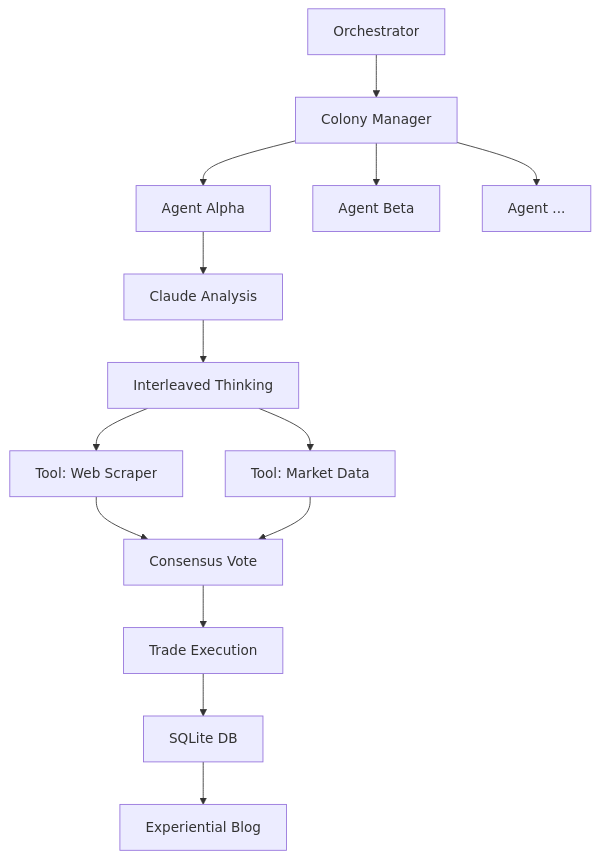
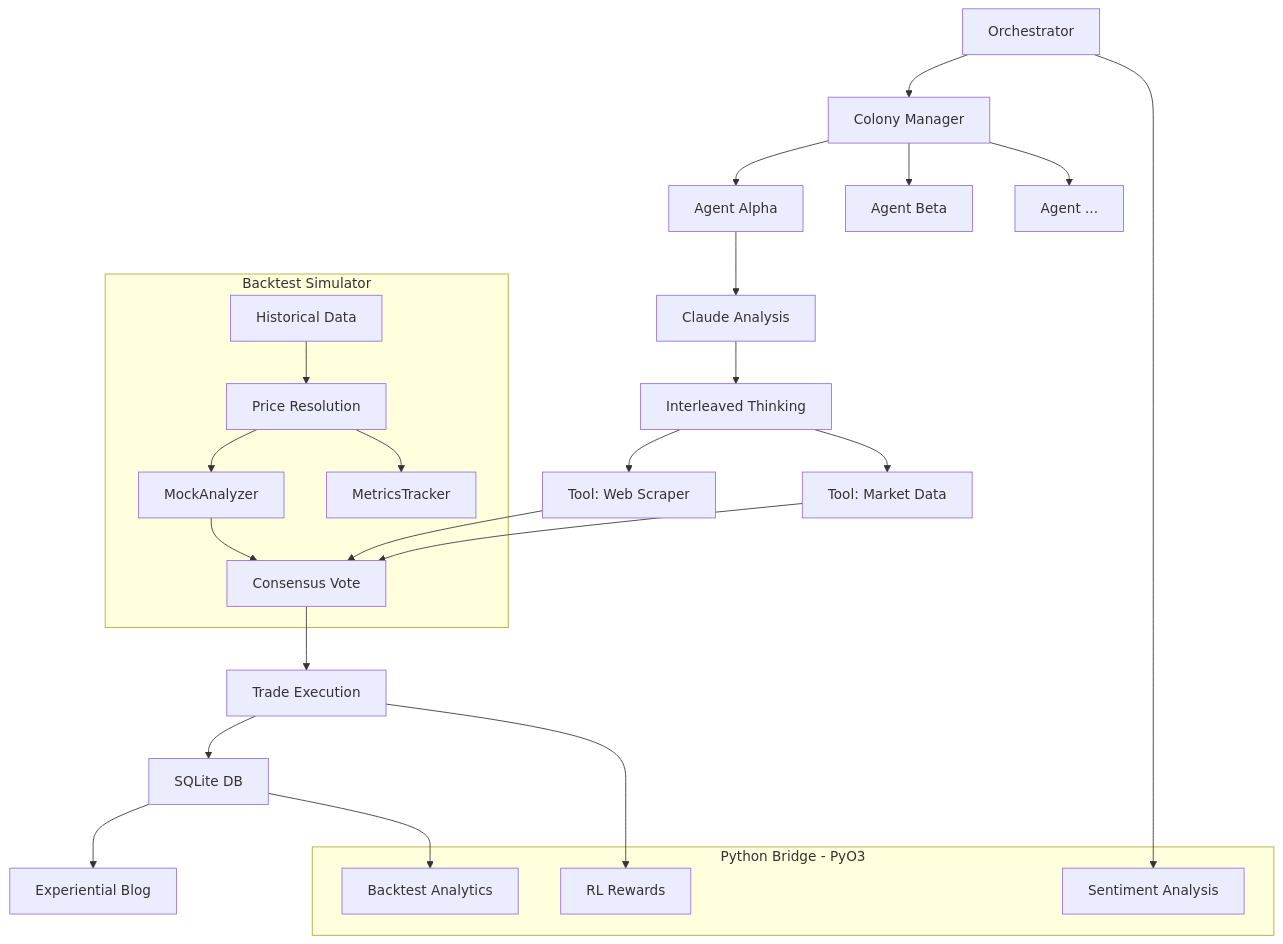
One commit to imsarthakshrma/Pippo_AI changed the diagram in README.md. Above: the diagram before and after it, drawn with Mermaid. The commit also changed other lines of this file, not shown here.

First line of the commit message:
docs: update README with full project architecture

````diff
--- a/README.md
+++ b/README.md
@@ -62,16 +82,33 @@
 ```mermaid
 graph TD
     A[Orchestrator] --> B[Colony Manager]
     B --> C[Agent Alpha]
     B --> D[Agent Beta]
     B --> E[Agent ...]
     C --> F[Claude Analysis]
     F --> G[Interleaved Thinking]
     G --> H[Tool: Web Scraper]
     G --> I[Tool: Market Data]
     H --> J[Consensus Vote]
     I --> J
     J --> K[Trade Execution]
     K --> L[SQLite DB]
     L --> M[Experiential Blog]
+
+    subgraph Python Bridge - PyO3
+        N[RL Rewards]
+        O[Sentiment Analysis]
+        P[Backtest Analytics]
+    end
+
+    K --> N
+    A --> O
+    L --> P
+
+    subgraph Backtest Simulator
+        Q[Historical Data] --> R[Price Resolution]
+        R --> S[MockAnalyzer]
+        S --> J
+        R --> T[MetricsTracker]
+    end
 ```
````
